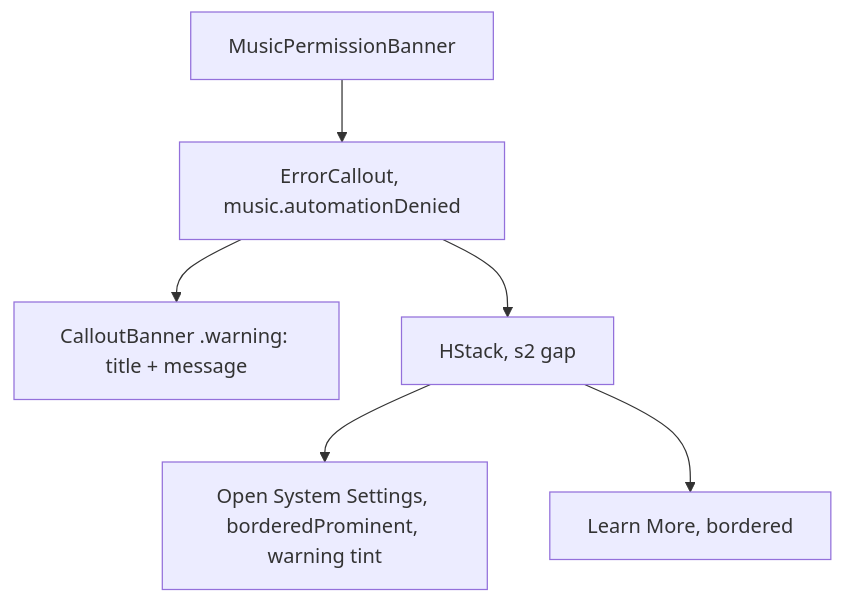
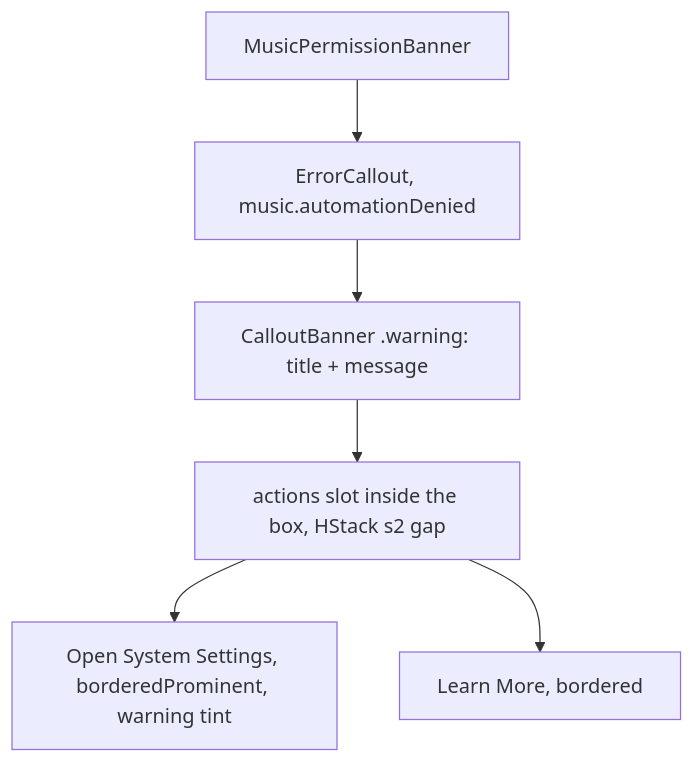
Before and after one commit to MrDemonWolf/wolfwave: the diagram in design-system/components/music-permission-banner.md, drawn with Mermaid. The commit also changed other lines of this file and 23 other files, not shown here.

````diff
--- a/design-system/components/music-permission-banner.md
+++ b/design-system/components/music-permission-banner.md
@@ -34,8 +34,8 @@
 ```mermaid
 graph TB
   Wrapper[MusicPermissionBanner] --> Callout[ErrorCallout, music.automationDenied]
   Callout --> Banner[CalloutBanner .warning: title + message]
-  Callout --> Actions[HStack, s2 gap]
+  Banner --> Actions[actions slot inside the box, HStack s2 gap]
   Actions --> Primary[Open System Settings, borderedProminent, warning tint]
   Actions --> Docs[Learn More, bordered]
 ```
````
